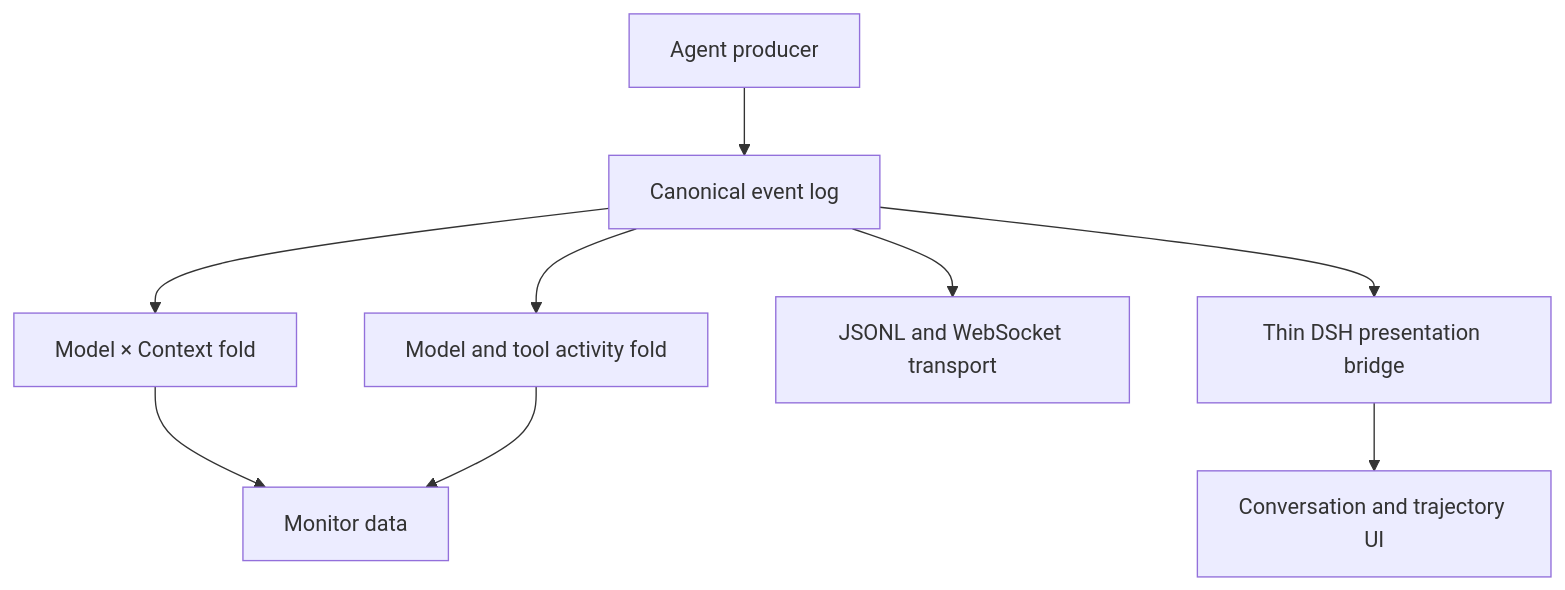
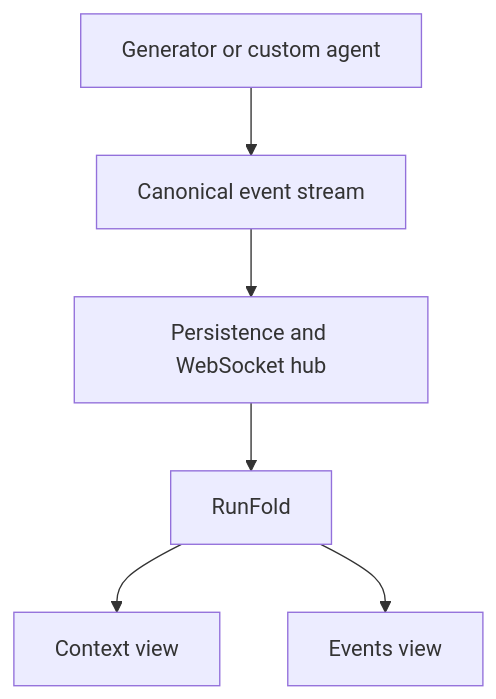
The diagram in docs/agent-monitor.md (Delva0/gh-puller), drawn with Mermaid before and after one commit. The commit also changed other lines of this file and 209 other files, not shown here.

Commit message:
refactor(agent-monitor): render canonical events natively

````diff
--- a/docs/agent-monitor.md
+++ b/docs/agent-monitor.md
@@ -24,11 +83,8 @@
 ```mermaid
 flowchart TD
-    Producer[Agent producer] --> Events[Canonical event log]
-    Events --> State[Model × Context fold]
-    Events --> Activity[Model and tool activity fold]
-    Events --> Persistence[JSONL and WebSocket transport]
-    State --> Monitor[Monitor data]
-    Activity --> Monitor
-    Events --> Bridge[Thin DSH presentation bridge]
-    Bridge --> UI[Conversation and trajectory UI]
+    Producer[Generator or custom agent] --> Stream[Canonical event stream]
+    Stream --> Hub[Persistence and WebSocket hub]
+    Hub --> Fold[RunFold]
+    Fold --> Context[Context view]
+    Fold --> Events[Events view]
 ```
````
